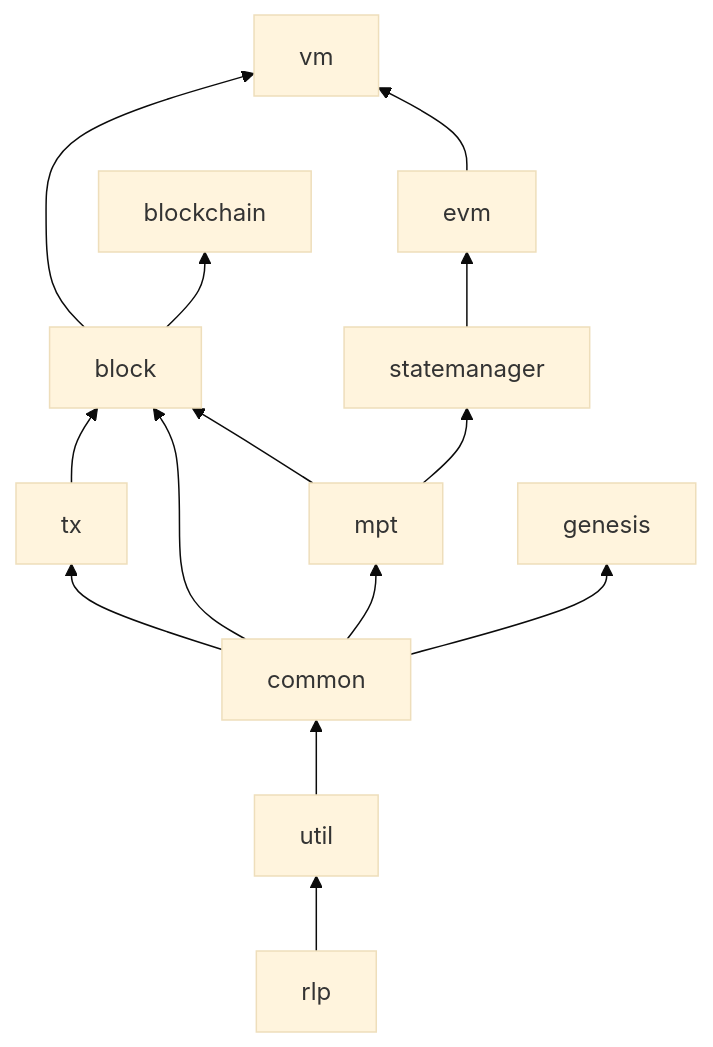
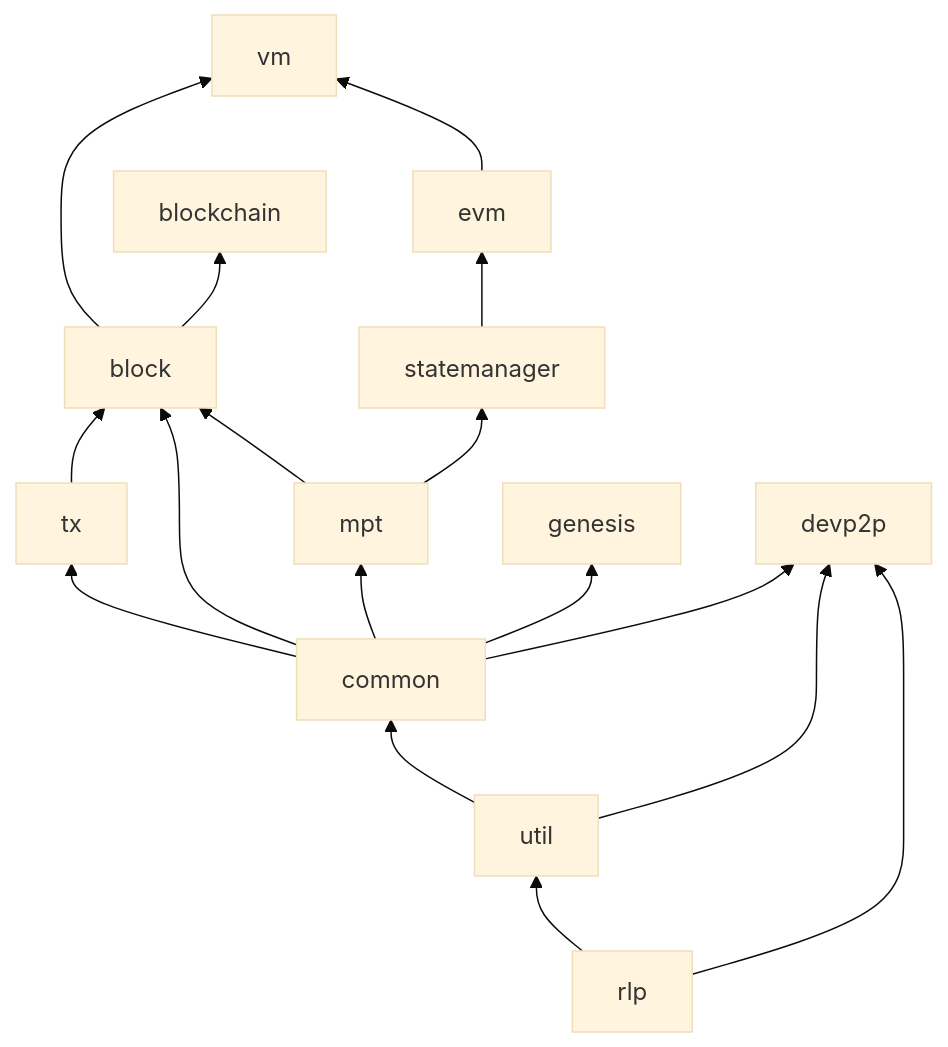
Before and after one commit to ethereumjs/ethereumjs-monorepo: the second of 2 diagrams in README.md, drawn with Mermaid (base theme). The commit also changed other lines of this file and 254 other files, not shown here.

````diff
--- a/README.md
+++ b/README.md
@@ -161,9 +167,12 @@
 ```mermaid
 flowchart BT
   rlp --> util --> common
   common --> tx & block & mpt & genesis
   mpt --> block & statemanager
   tx --> block --> vm
   statemanager --> evm --> vm
   block --> blockchain
+  common --> devp2p
+  rlp --> devp2p
+  util --> devp2p
 ```
````
